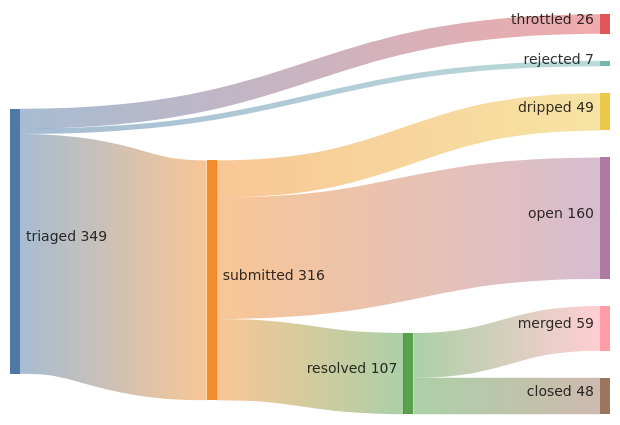
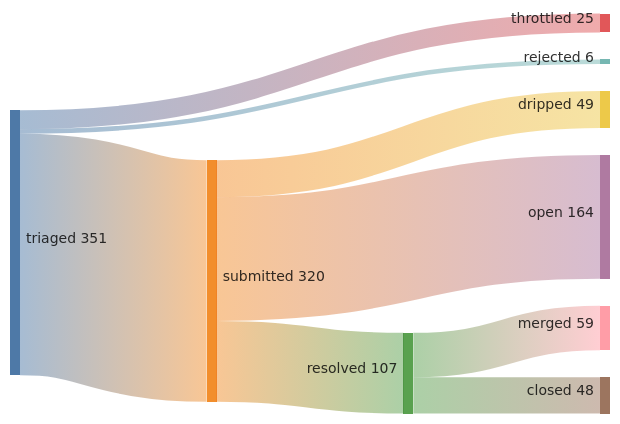
The first of 3 diagrams in README.md (kimjune01/kimjune01), drawn with Mermaid before and after one commit. The commit also changed other lines of this file, not shown here.

````diff
--- a/README.md
+++ b/README.md
@@ -5,11 +5,11 @@
 ```mermaid
 sankey-beta
-    triaged,    submitted, 316
-    triaged,    throttled, 26
-    triaged,    rejected,  7
+    triaged,    submitted, 320
+    triaged,    throttled, 25
+    triaged,    rejected,  6
     submitted,  resolved,  107
     submitted,  dripped,   49
-    submitted,  open,      160
+    submitted,  open,      164
     resolved,   merged,    59
     resolved,   closed,    48
 ```
````
